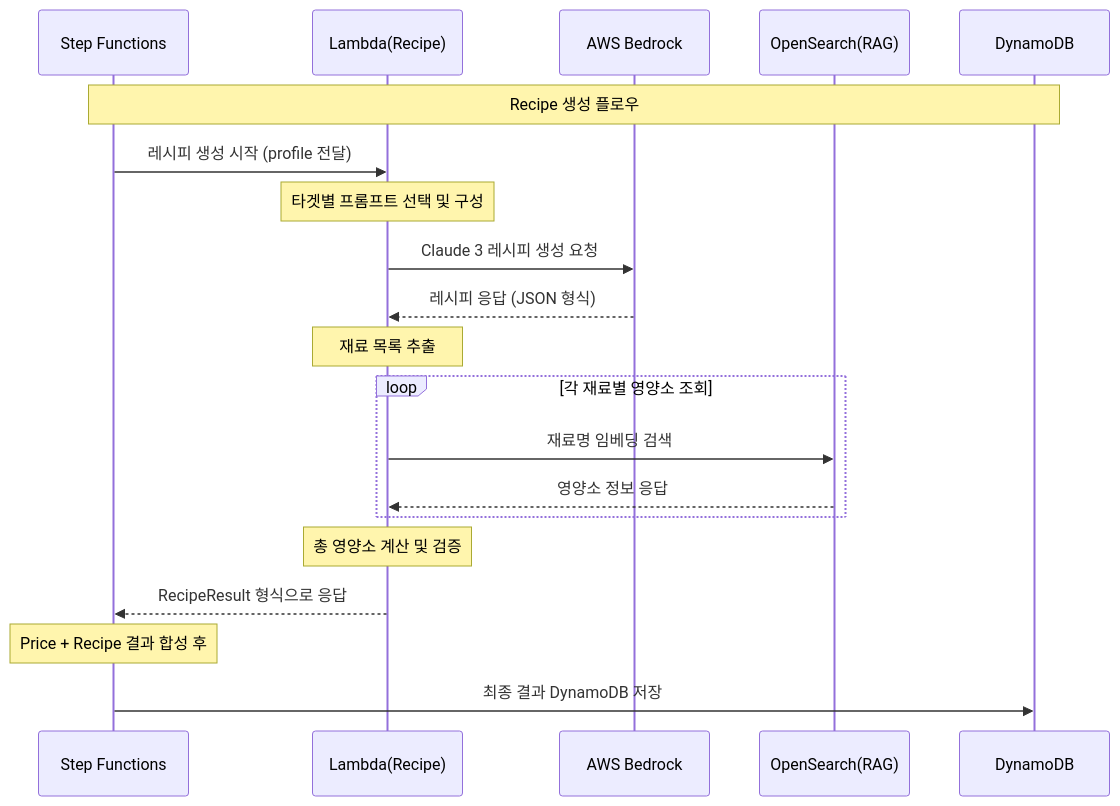
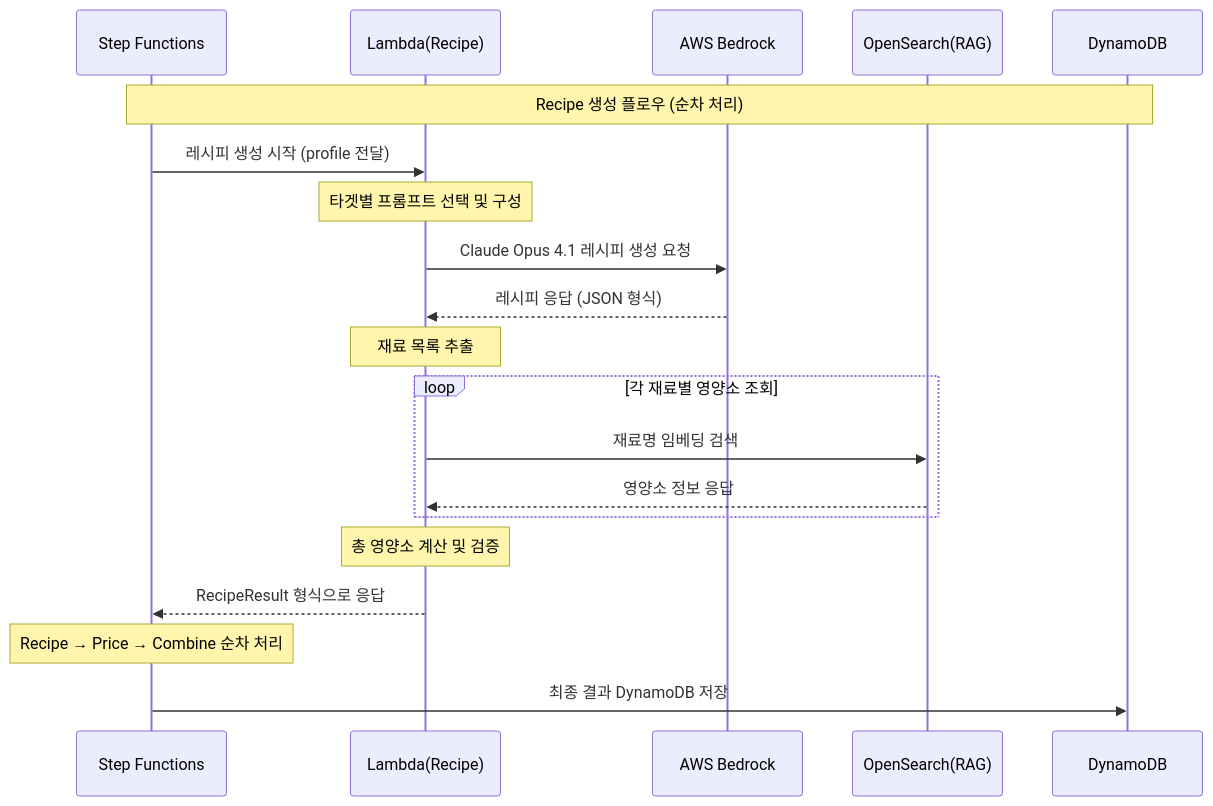
Before and after one commit to awsqhackathonXddeokssang/team21-aws-hackathon: the diagram in docs/backend-specs/lambda/RECIPE_LAMBDA_SPEC.md, drawn with Mermaid. The commit also changed other lines of this file and 3 other files, not shown here.

Commit message:
Deploy Recipe Lambda with Claude Opus 4.1 and update Step Functions to sequential workflow

````diff
--- a/docs/backend-specs/lambda/RECIPE_LAMBDA_SPEC.md
+++ b/docs/backend-specs/lambda/RECIPE_LAMBDA_SPEC.md
@@ -9,29 +9,29 @@
 ```mermaid
 sequenceDiagram
     participant SF as Step Functions
     participant RL as Lambda(Recipe)
     participant BR as AWS Bedrock
     participant OS as OpenSearch(RAG)
     participant DB as DynamoDB
 
-    Note over SF, DB: Recipe 생성 플로우
+    Note over SF, DB: Recipe 생성 플로우 (순차 처리)
     
     SF->>RL: 레시피 생성 시작 (profile 전달)
     Note over RL: 타겟별 프롬프트 선택 및 구성
     
-    RL->>BR: Claude 3 레시피 생성 요청
+    RL->>BR: Claude Opus 4.1 레시피 생성 요청
     BR-->>RL: 레시피 응답 (JSON 형식)
     
     Note over RL: 재료 목록 추출
     
     loop 각 재료별 영양소 조회
         RL->>OS: 재료명 임베딩 검색
         OS-->>RL: 영양소 정보 응답
     end
     
     Note over RL: 총 영양소 계산 및 검증
     RL-->>SF: RecipeResult 형식으로 응답
     
-    Note over SF: Price + Recipe 결과 합성 후
+    Note over SF: Recipe → Price → Combine 순차 처리
     SF->>DB: 최종 결과 DynamoDB 저장
 ```
````
